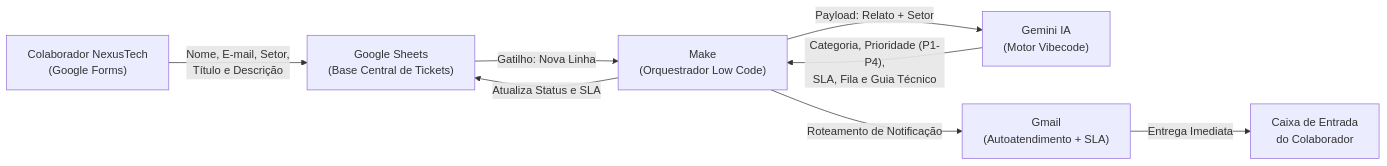
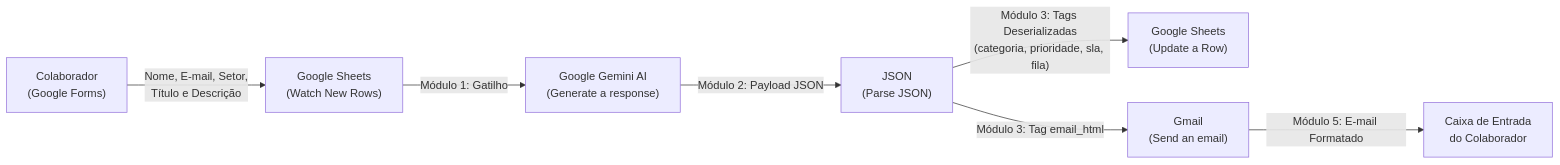
One commit to sztsu/helpdesk-ai changed the diagram in README.md. Above: the diagram before and after it, drawn with Mermaid. The commit also changed other lines of this file and 8 other files, not shown here.

````diff
--- a/README.md
+++ b/README.md
@@ -72,10 +72,9 @@
 ```mermaid
 flowchart LR
-    A["Colaborador NexusTech\n(Google Forms)"] -->|"Nome, E-mail, Setor,\nTítulo e Descrição"| B["Google Sheets\n(Base Central de Tickets)"]
-    B -->|"Gatilho: Nova Linha"| C["Make\n(Orquestrador Low Code)"]
-    C -->|"Payload: Relato + Setor"| D["Gemini IA\n(Motor Vibecode)"]
-    D -->|"Categoria, Prioridade (P1-P4),\nSLA, Fila e Guia Técnico"| C
-    C -->|"Atualiza Status e SLA"| B
-    C -->|"Roteamento de Notificação"| E["Gmail\n(Autoatendimento + SLA)"]
-    E -->|"Entrega Imediata"| F["Caixa de Entrada\ndo Colaborador"]
+    A["Colaborador\n(Google Forms)"] -->|"Nome, E-mail, Setor,\nTítulo e Descrição"| B["Google Sheets\n(Watch New Rows)"]
+    B -->|"Módulo 1: Gatilho"| C["Google Gemini AI\n(Generate a response)"]
+    C -->|"Módulo 2: Payload JSON"| D["JSON\n(Parse JSON)"]
+    D -->|"Módulo 3: Tags Deserializadas\n(categoria, prioridade, sla, fila)"| E["Google Sheets\n(Update a Row)"]
+    D -->|"Módulo 3: Tag email_html"| F["Gmail\n(Send an email)"]
+    F -->|"Módulo 5: E-mail Formatado"| G["Caixa de Entrada\ndo Colaborador"]
 ```
````
